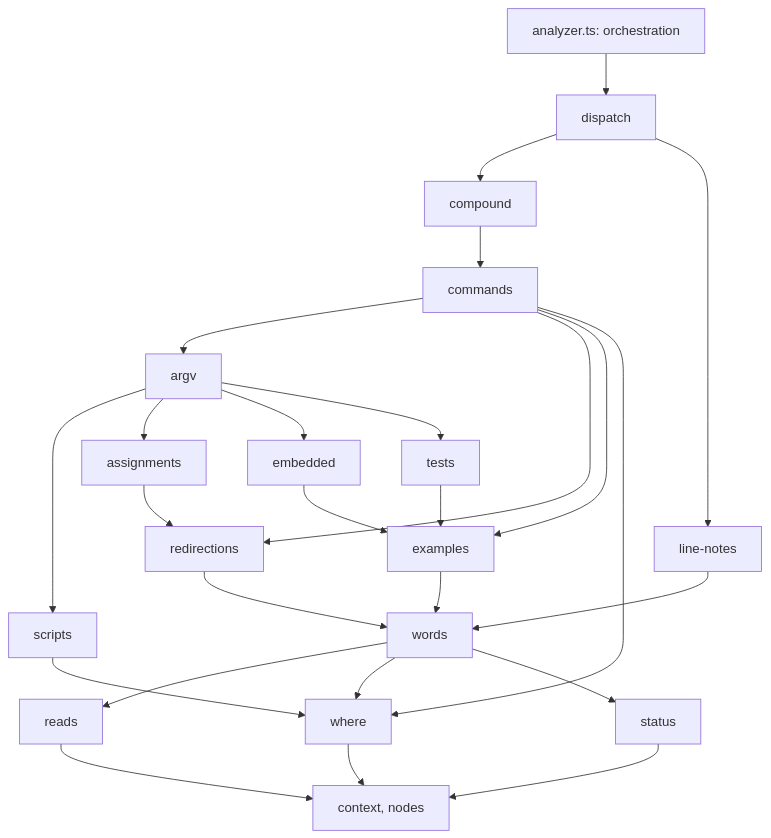
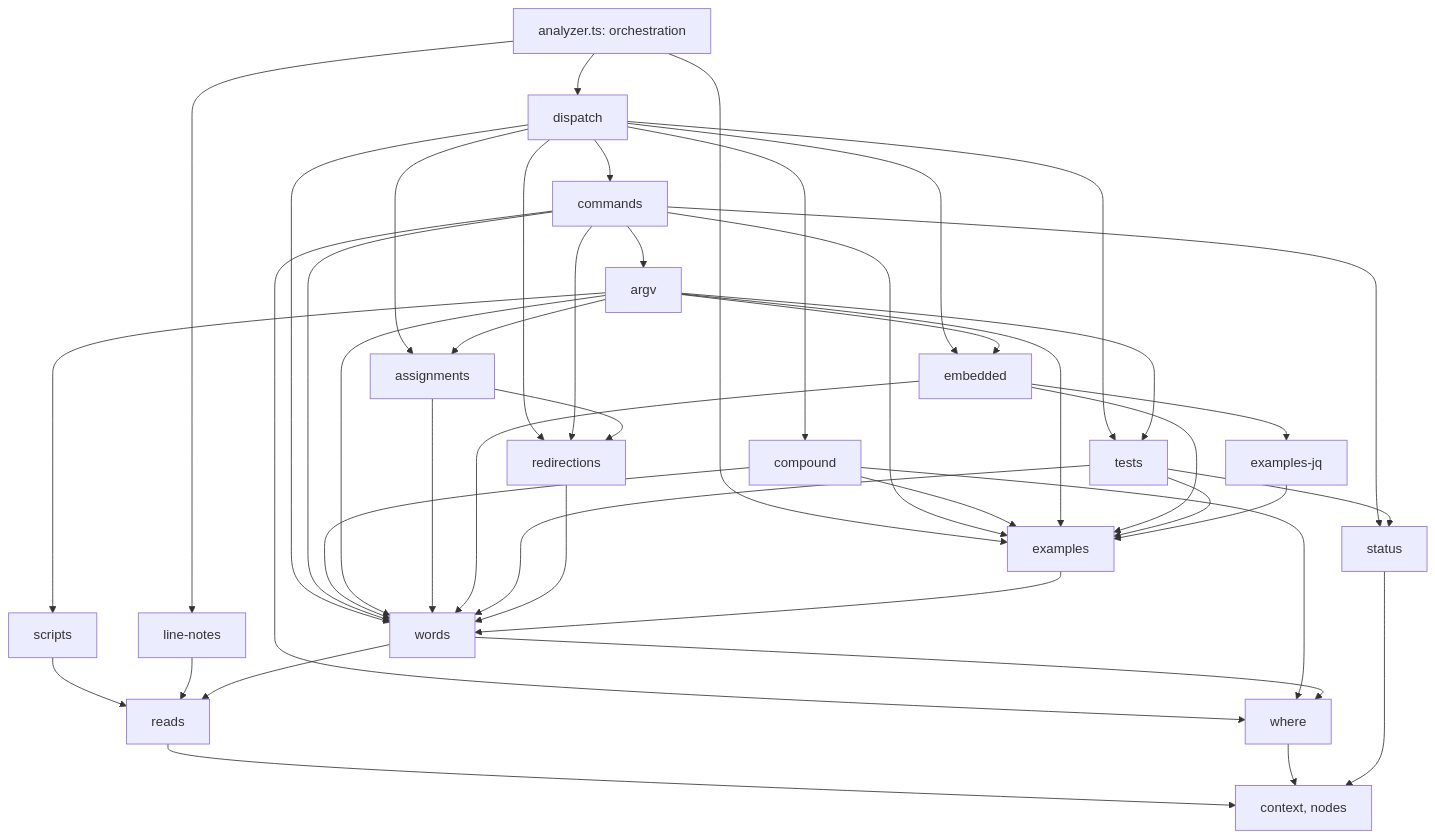
Before and after one commit to sf624/bash-explainer: the second of 2 diagrams in docs/design/analyzer.md, drawn with Mermaid. The commit also changed other lines of this file and 14 other files, not shown here.

First line of the commit message:
Analyzer step 9: the dispatch in src/explain/dispatch.ts, analyzer.ts as orchestration

````diff
--- a/docs/design/analyzer.md
+++ b/docs/design/analyzer.md
@@ -224,17 +224,17 @@
 ```mermaid
 flowchart TB
-  analyzer["analyzer.ts: orchestration"] --> dispatch
-  dispatch --> compound & linenotes[line-notes]
-  compound --> commands
-  linenotes --> words
-  commands --> argv & redirections & examples & where
-  argv --> scripts & assignments & embedded & tests
-  assignments --> redirections
-  embedded --> examples
-  tests --> examples
+  analyzer["analyzer.ts: orchestration"] --> dispatch & linenotes[line-notes] & examples
+  dispatch --> commands & compound & assignments & redirections & tests & embedded & words
+  commands --> argv & redirections & examples & status & where & words
+  compound --> examples & where & words
+  argv --> scripts & assignments & embedded & tests & examples & words
+  assignments --> redirections & words
+  embedded --> examplesjq[examples-jq] & examples & words
+  tests --> examples & status & words
+  examplesjq --> examples
   redirections --> words
   examples --> words
-  scripts --> where
-  words --> reads & where & status
+  words --> where
+  scripts & linenotes & words --> reads
   reads & where & status --> context["context, nodes"]
 ```
````
